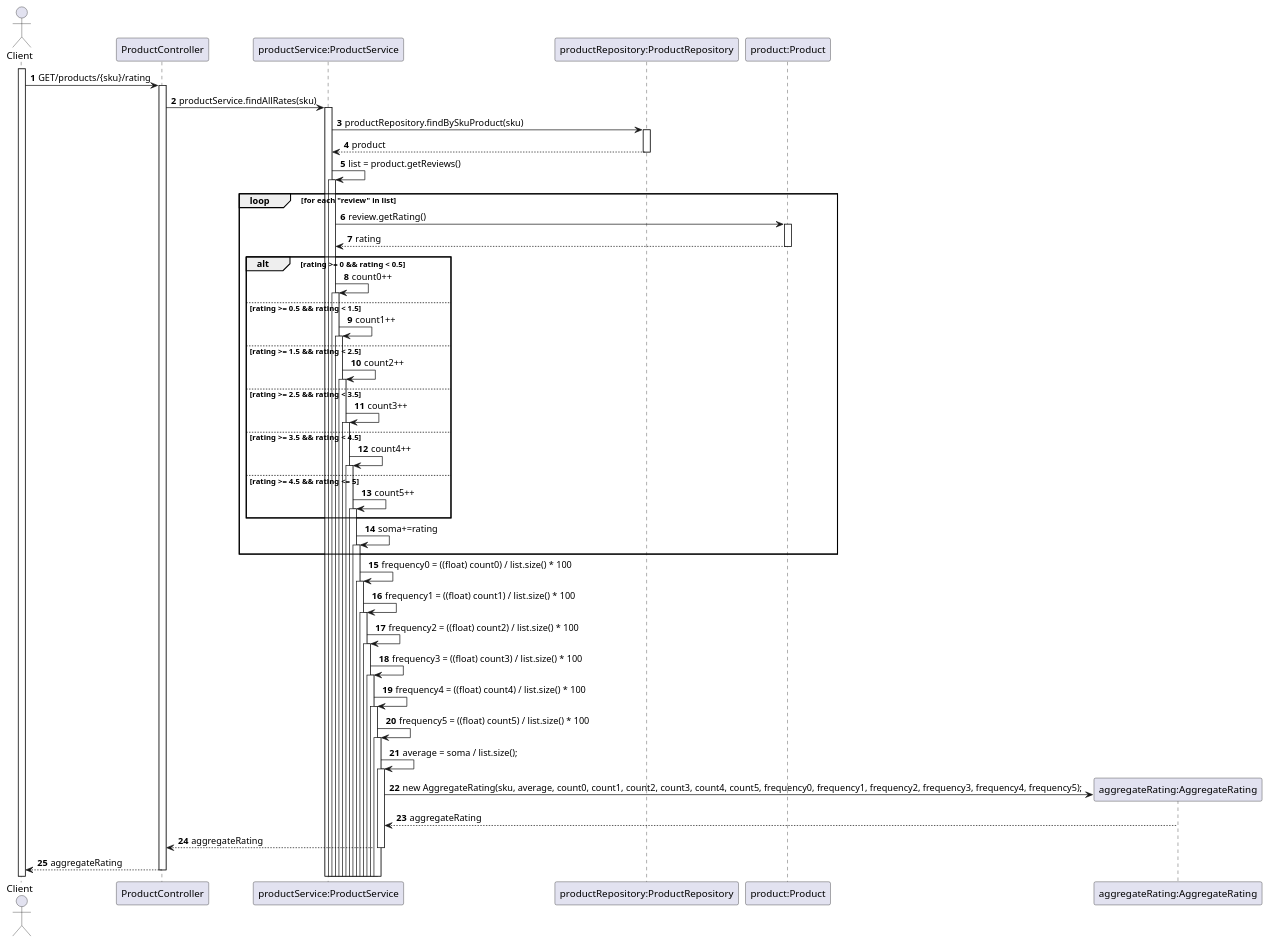
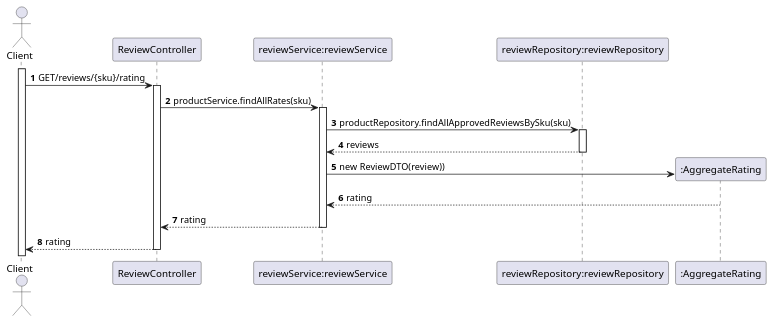
Before and after one commit to TiagoNora/SIDIS-Docs: the diagram in Docs/US12-SD.puml, drawn with PlantUML.

Commit message:
Alterar US12

```diff
--- a/Docs/US12-SD.puml
+++ b/Docs/US12-SD.puml
@@ -1,55 +1,28 @@
 @startuml
 'https://plantuml.com/sequence-diagram
 
 autoactivate on
 autonumber
 
 actor "Client" as Client
-participant "ProductController" as Ctrl
-participant "productService:ProductService" as Svc
-participant "productRepository:ProductRepository" as Repo
-participant "product:Product" as product
-participant "aggregateRating:AggregateRating" as aggregateRating
+participant "ReviewController" as Ctrl
+participant "reviewService:reviewService" as Svc
+participant "reviewRepository:reviewRepository" as Repo
+participant ":AggregateRating" as aggregateRating
 
 activate Client
 
-Client -> Ctrl : GET/products/{sku}/rating
+Client -> Ctrl : GET/reviews/{sku}/rating
 Ctrl -> Svc : productService.findAllRates(sku)
-Svc -> Repo: productRepository.findBySkuProduct(sku)
-Repo --> Svc: product
-Svc -> Svc: list = product.getReviews()
-loop for each "review" in list
-    Svc -> product: review.getRating()
-    product --> Svc: rating
-    alt rating >= 0 && rating < 0.5
-    Svc -> Svc: count0++
-    else rating >= 0.5 && rating < 1.5
-    Svc -> Svc: count1++
-    else rating >= 1.5 && rating < 2.5
-    Svc -> Svc: count2++
-    else rating >= 2.5 && rating < 3.5
-    Svc -> Svc: count3++
-    else rating >= 3.5 && rating < 4.5
-    Svc -> Svc: count4++
-    else rating >= 4.5 && rating <= 5
-    Svc -> Svc: count5++
-    end
-    Svc -> Svc: soma+=rating
-    end loop
+Svc -> Repo: productRepository.findAllApprovedReviewsBySku(sku)
+Repo --> Svc: reviews
+Svc -> aggregateRating**: new ReviewDTO(review))
+aggregateRating --> Svc: rating
+Svc --> Ctrl: rating
+Ctrl --> Client: rating
 
-    Svc -> Svc: frequency0 = ((float) count0) / list.size() * 100
-    Svc -> Svc: frequency1 = ((float) count1) / list.size() * 100
-    Svc -> Svc: frequency2 = ((float) count2) / list.size() * 100
-    Svc -> Svc: frequency3 = ((float) count3) / list.size() * 100
-    Svc -> Svc: frequency4 = ((float) count4) / list.size() * 100
-    Svc -> Svc: frequency5 = ((float) count5) / list.size() * 100
-    Svc -> Svc: average = soma / list.size();
-    Svc -> aggregateRating**: new AggregateRating(sku, average, count0, count1, count2, count3, count4, count5, frequency0, frequency1, frequency2, frequency3, frequency4, frequency5);
-    aggregateRating --> Svc: aggregateRating
-    Svc --> Ctrl: aggregateRating
-    Ctrl --> Client: aggregateRating
 
 
 
 
 @enduml
```
